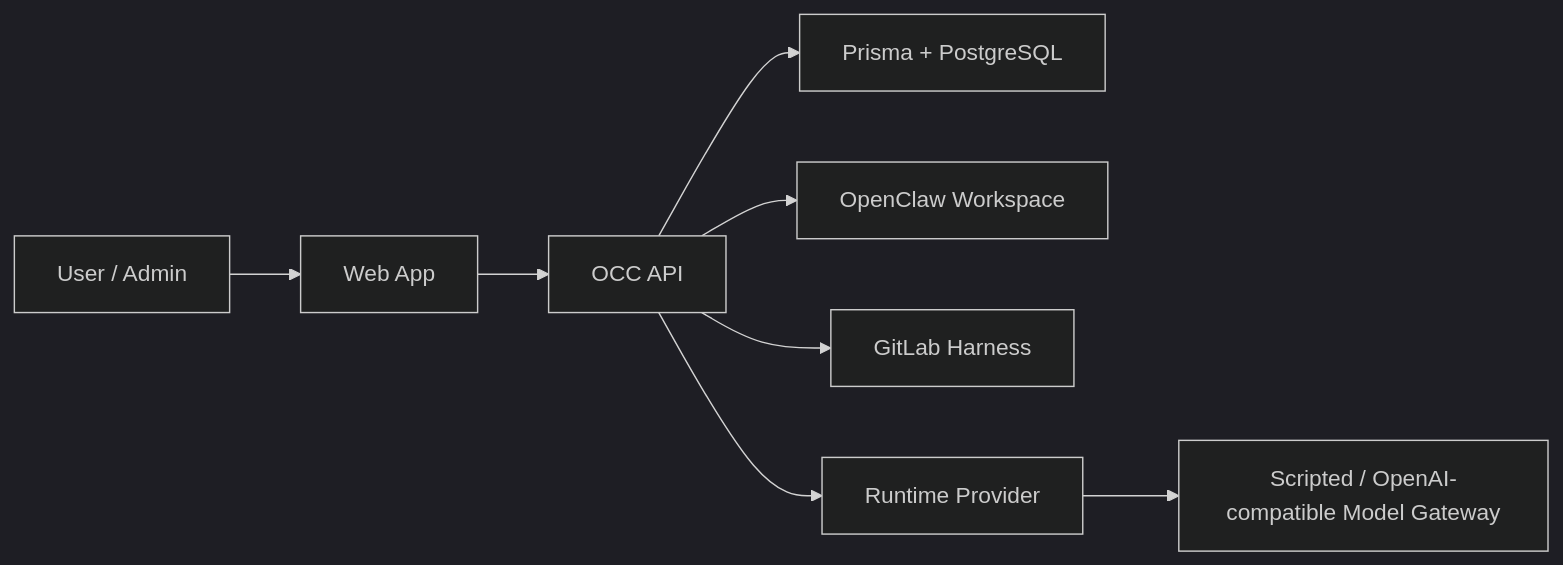
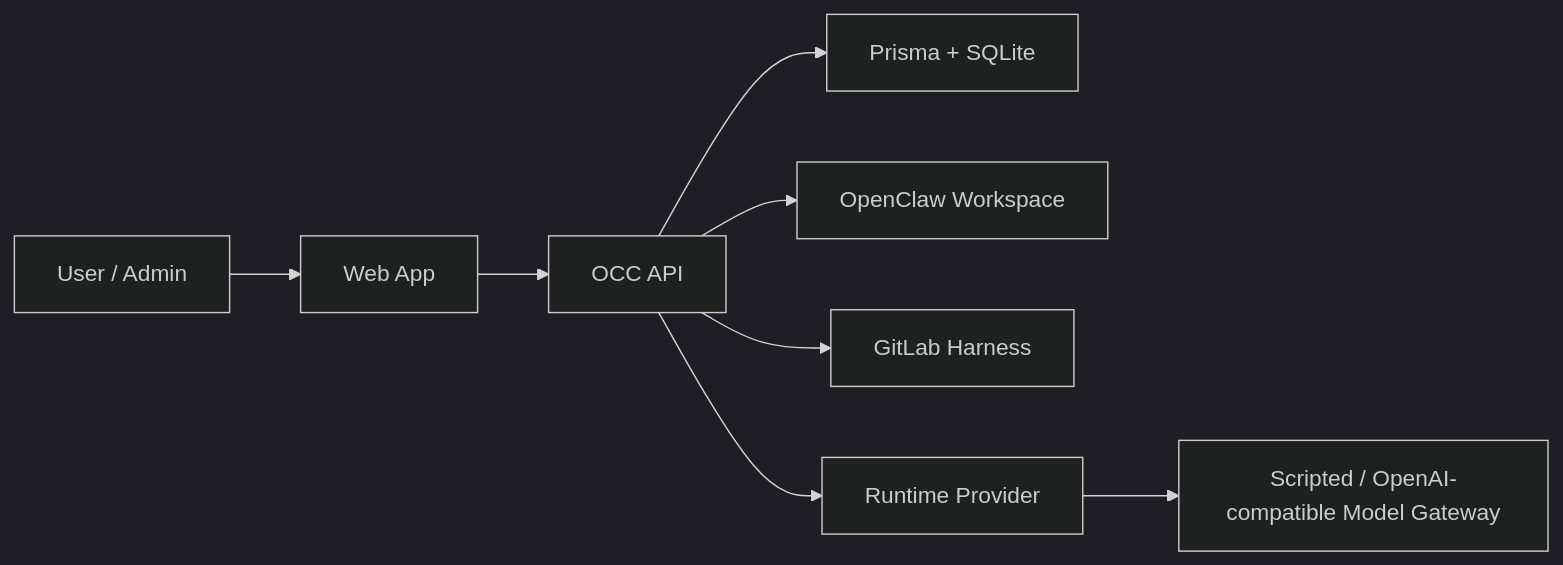
Before and after one commit to hanlee118/ai-agent-: the diagram in README.md, drawn with Mermaid (dark theme). The commit also changed other lines of this file and 13 other files, not shown here.

````diff
--- a/README.md
+++ b/README.md
@@ -100,10 +99,10 @@
 ```mermaid
 flowchart LR
   U["User / Admin"] --> W["Web App"]
   W --> A["OCC API"]
-  A --> D["Prisma + PostgreSQL"]
+  A --> D["Prisma + SQLite"]
   A --> O["OpenClaw Workspace"]
   A --> G["GitLab Harness"]
   A --> R["Runtime Provider"]
   R --> M["Scripted / OpenAI-compatible Model Gateway"]
 ```
````
